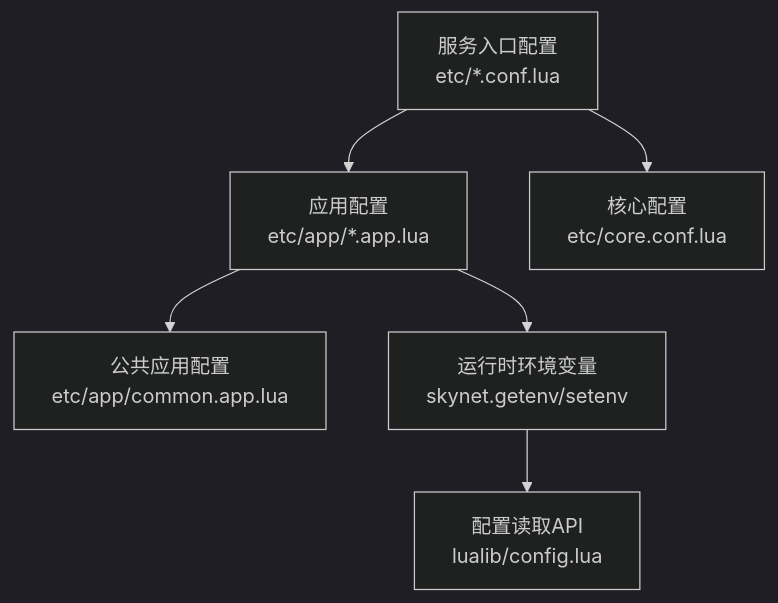
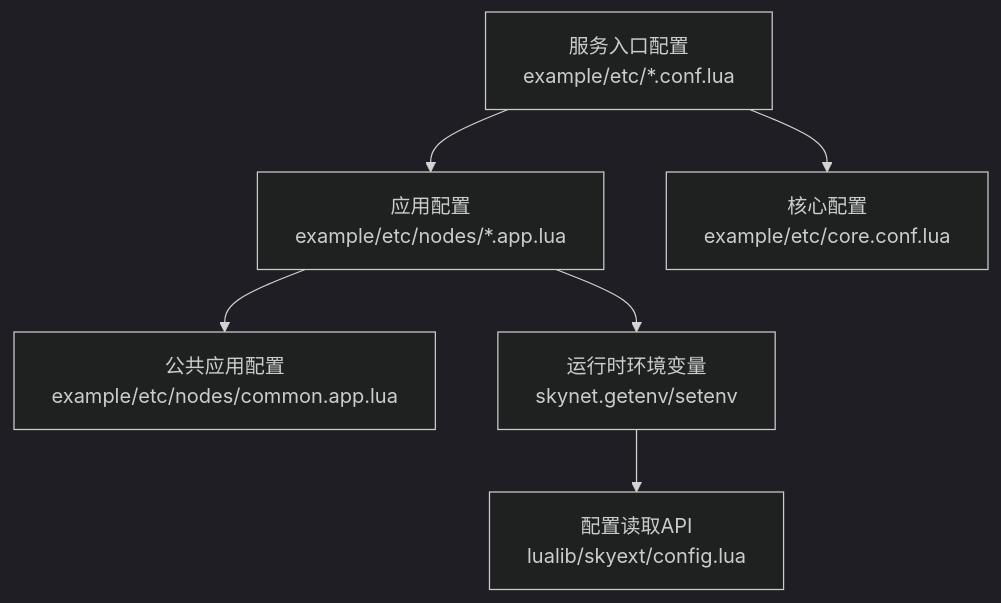
Before and after one commit to hanxi/skyext: the first of 5 diagrams in docs/repowiki/zh/content/部署运维/配置管理.md, drawn with Mermaid (dark theme). The commit also changed other lines of this file and 117 other files, not shown here.

````diff
--- a/docs/repowiki/zh/content/部署运维/配置管理.md
+++ b/docs/repowiki/zh/content/部署运维/配置管理.md
@@ -46,8 +46,8 @@
 ```mermaid
 graph TB
-A["服务入口配置<br/>etc/*.conf.lua"] --> B["应用配置<br/>etc/app/*.app.lua"]
-B --> C["公共应用配置<br/>etc/app/common.app.lua"]
-A --> D["核心配置<br/>etc/core.conf.lua"]
+A["服务入口配置<br/>example/etc/*.conf.lua"] --> B["应用配置<br/>example/etc/nodes/*.app.lua"]
+B --> C["公共应用配置<br/>example/etc/nodes/common.app.lua"]
+A --> D["核心配置<br/>example/etc/core.conf.lua"]
 B --> E["运行时环境变量<br/>skynet.getenv/setenv"]
-E --> F["配置读取API<br/>lualib/config.lua"]
+E --> F["配置读取API<br/>lualib/skyext/config.lua"]
 ```
````
